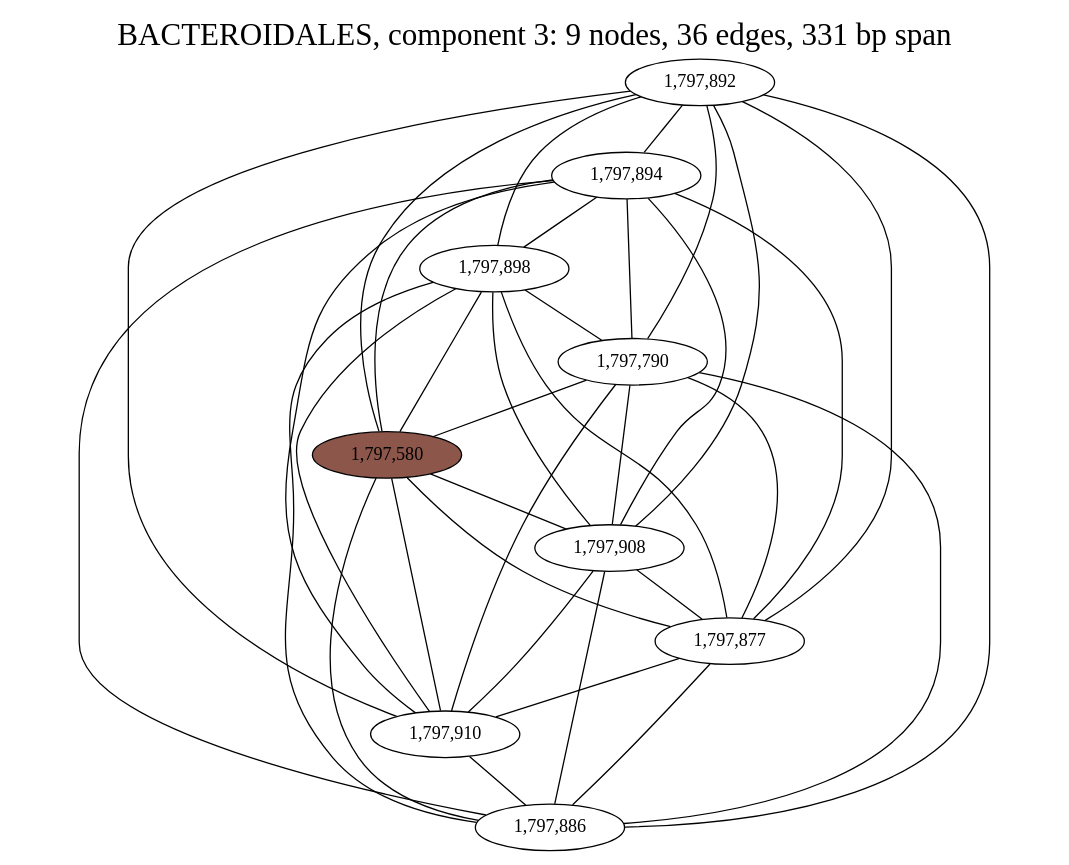
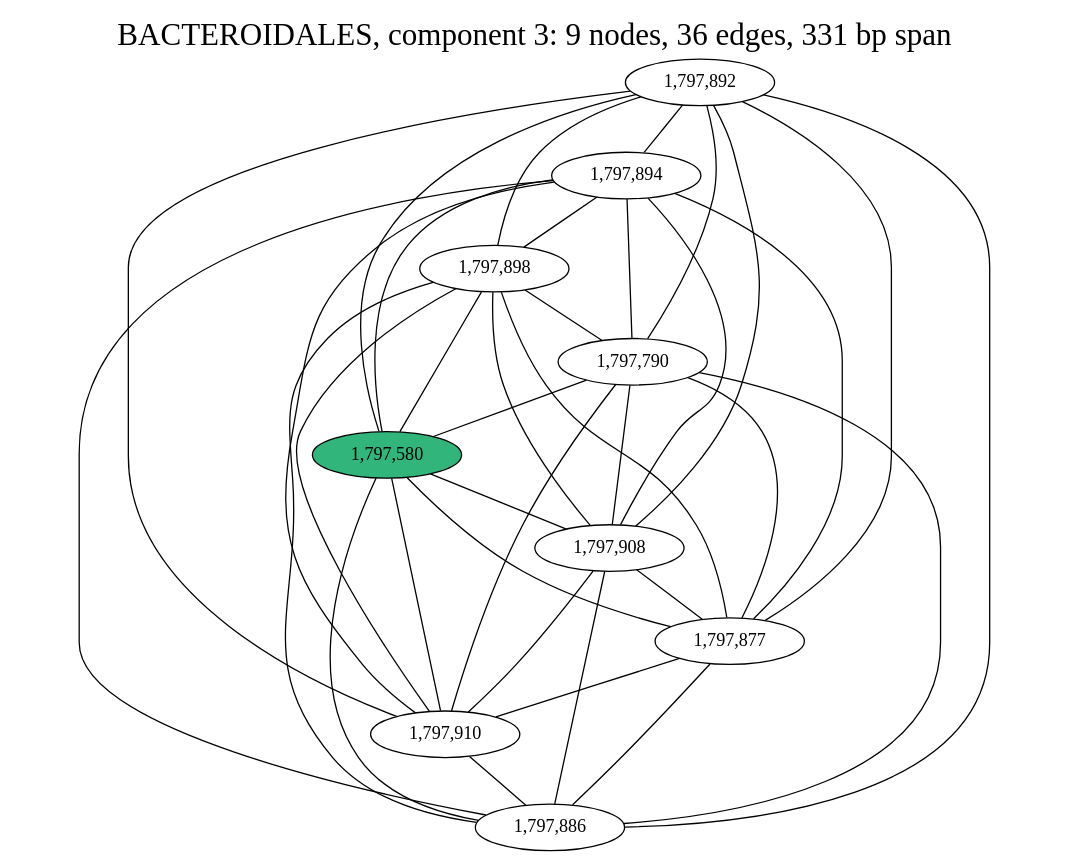
Before and after one commit to fedarko/sheepgut: the diagram in notebooks/graphs/BACTEROIDALES_cc3.gv, drawn with Graphviz. The commit also changed 64 other files, not shown here.

Commit message:
use viridis for gene colors in LM graphs

```diff
--- a/notebooks/graphs/BACTEROIDALES_cc3.gv
+++ b/notebooks/graphs/BACTEROIDALES_cc3.gv
@@ -1,52 +1,52 @@
 graph BACTEROIDALES_cc3 {
 	overlap="prism50";
 	outputorder="edgesfirst";
 	label="BACTEROIDALES, component 3: 9 nodes, 36 edges, 331 bp span";
 	labelloc="t";
 	fontsize=24;
 	"1,797,892" [style="filled", fillcolor="#ffffff", fontcolor="#000000"];
 	"1,797,894" [style="filled", fillcolor="#ffffff", fontcolor="#000000"];
 	"1,797,898" [style="filled", fillcolor="#ffffff", fontcolor="#000000"];
 	"1,797,790" [style="filled", fillcolor="#ffffff", fontcolor="#000000"];
-	"1,797,580" [style="filled", fillcolor="#8c564b", fontcolor="#000000"];
+	"1,797,580" [style="filled", fillcolor="#31b57b", fontcolor="#000000"];
 	"1,797,908" [style="filled", fillcolor="#ffffff", fontcolor="#000000"];
 	"1,797,877" [style="filled", fillcolor="#ffffff", fontcolor="#000000"];
 	"1,797,910" [style="filled", fillcolor="#ffffff", fontcolor="#000000"];
 	"1,797,886" [style="filled", fillcolor="#ffffff", fontcolor="#000000"];
 	"1,797,892" -- "1,797,580";
 	"1,797,892" -- "1,797,790";
 	"1,797,892" -- "1,797,877";
 	"1,797,892" -- "1,797,886";
 	"1,797,892" -- "1,797,894";
 	"1,797,892" -- "1,797,898";
 	"1,797,892" -- "1,797,908";
 	"1,797,892" -- "1,797,910";
 	"1,797,894" -- "1,797,580";
 	"1,797,894" -- "1,797,790";
 	"1,797,894" -- "1,797,877";
 	"1,797,894" -- "1,797,886";
 	"1,797,894" -- "1,797,898";
 	"1,797,894" -- "1,797,908";
 	"1,797,894" -- "1,797,910";
 	"1,797,898" -- "1,797,580";
 	"1,797,898" -- "1,797,790";
 	"1,797,898" -- "1,797,877";
 	"1,797,898" -- "1,797,886";
 	"1,797,898" -- "1,797,908";
 	"1,797,898" -- "1,797,910";
 	"1,797,790" -- "1,797,580";
 	"1,797,790" -- "1,797,877";
 	"1,797,790" -- "1,797,886";
 	"1,797,790" -- "1,797,908";
 	"1,797,790" -- "1,797,910";
 	"1,797,580" -- "1,797,877";
 	"1,797,580" -- "1,797,886";
 	"1,797,580" -- "1,797,908";
 	"1,797,580" -- "1,797,910";
 	"1,797,908" -- "1,797,877";
 	"1,797,908" -- "1,797,886";
 	"1,797,908" -- "1,797,910";
 	"1,797,877" -- "1,797,886";
 	"1,797,877" -- "1,797,910";
 	"1,797,910" -- "1,797,886";
 }
```
